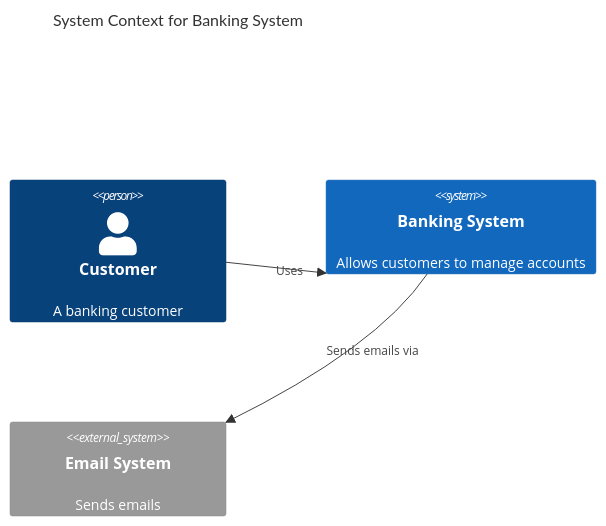
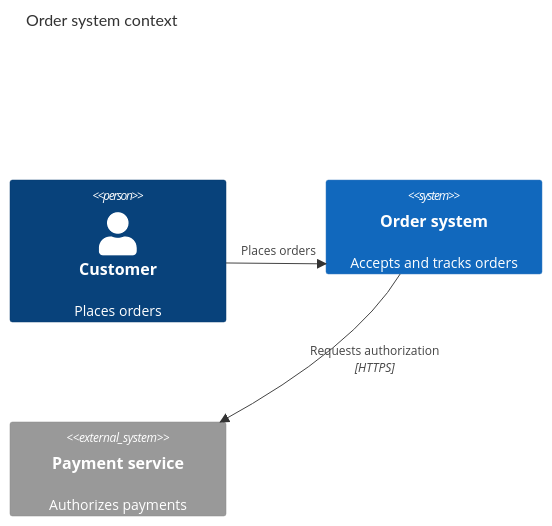
Before and after one commit to YongKyeom/agentic_engineering_settings: the first of 3 diagrams in skills/mermaid-diagrams/references/c4-diagrams.md, drawn with Mermaid. The commit also changed other lines of this file and 15 other files, not shown here.

````diff
--- a/skills/mermaid-diagrams/references/c4-diagrams.md
+++ b/skills/mermaid-diagrams/references/c4-diagrams.md
@@ -18,11 +17,10 @@
 ```mermaid
 C4Context
-    title System Context for Banking System
-    
-    Person(customer, "Customer", "A banking customer")
-    System(banking, "Banking System", "Allows customers to manage accounts")
-    System_Ext(email, "Email System", "Sends emails")
-    
-    Rel(customer, banking, "Uses")
-    Rel(banking, email, "Sends emails via")
+    title Order system context
+    Person(customer, "Customer", "Places orders")
+    System(orders, "Order system", "Accepts and tracks orders")
+    System_Ext(payment, "Payment service", "Authorizes payments")
+    Rel(customer, orders, "Places orders")
+    Rel(orders, payment, "Requests authorization", "HTTPS")
+    UpdateRelStyle(customer, orders, $offsetX="-35", $offsetY="-15")
 ```
````
